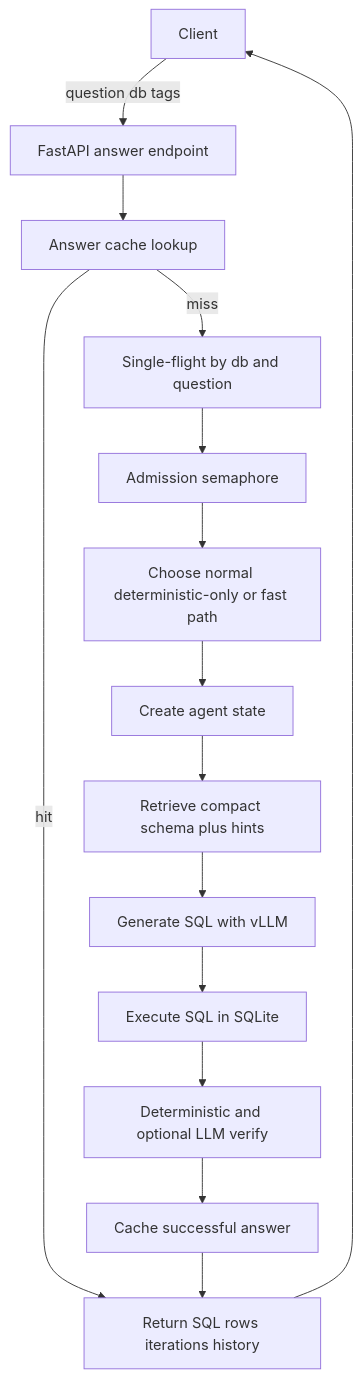
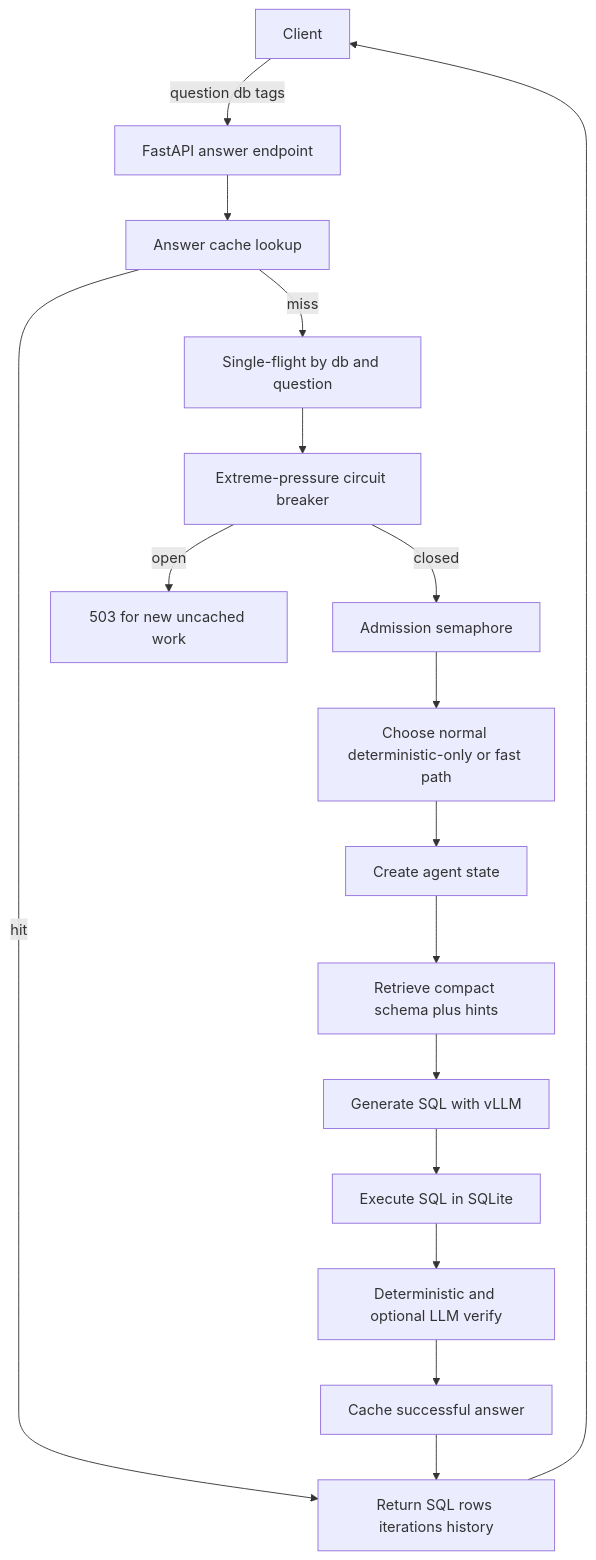
Before and after one commit to khab40/mlops-hw3: the fourth of 10 diagrams in assets/docs/ARCHITECTURE.md, drawn with Mermaid. The commit also changed other lines of this file and 10 other files, not shown here.

````diff
--- a/assets/docs/ARCHITECTURE.md
+++ b/assets/docs/ARCHITECTURE.md
@@ -73,17 +73,19 @@
 ```mermaid
 flowchart TD
     Client["Client"] -->|question db tags| API["FastAPI answer endpoint"]
     API --> Cache["Answer cache lookup"]
     Cache -->|hit| Response["Return SQL rows iterations history"]
     Cache -->|miss| Coalesce["Single-flight by db and question"]
-    Coalesce --> Admission["Admission semaphore"]
+    Coalesce --> Circuit["Extreme-pressure circuit breaker"]
+    Circuit -->|open| Reject["503 for new uncached work"]
+    Circuit -->|closed| Admission["Admission semaphore"]
     Admission --> Mode["Choose normal deterministic-only or fast path"]
     Mode --> State["Create agent state"]
     State --> Schema["Retrieve compact schema plus hints"]
     Schema --> Generate["Generate SQL with vLLM"]
     Generate --> Execute["Execute SQL in SQLite"]
     Execute --> Verify["Deterministic and optional LLM verify"]
     Verify --> StoreCache["Cache successful answer"]
     StoreCache --> Response
     Response --> Client
 ```
````
